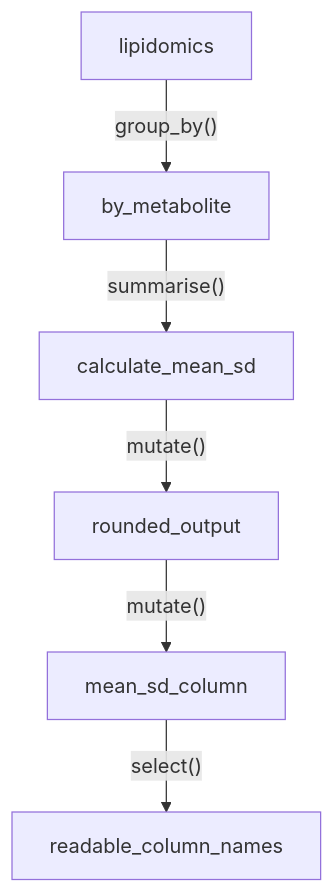
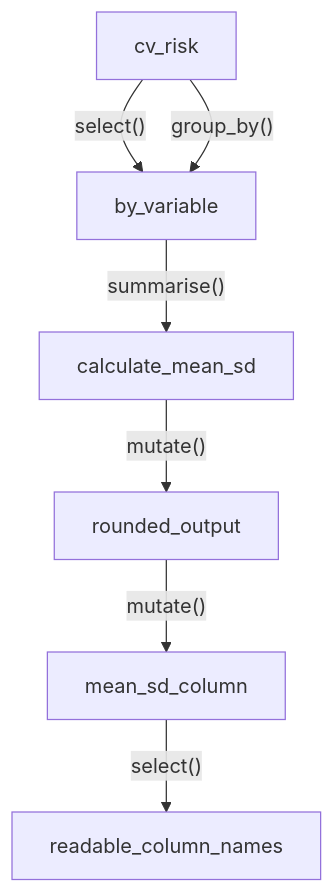
Before and after one commit to rostools/r-cubed-advanced: the second of 3 diagrams in sessions/pipelines-outputs.qmd, drawn with Mermaid. The commit also changed other lines of this file and 8 other files, not shown here.

````diff
--- a/sessions/pipelines-outputs.qmd
+++ b/sessions/pipelines-outputs.qmd
@@ -302,12 +305,13 @@
 ```{mermaid}
 %%| label: fig-build-table-flow
 %%| fig-cap: Steps for transforming our data into the final table format.
 %%| echo: false
 
 flowchart TB
-    lipidomics -->|"group_by()"| by_metabolite
-    by_metabolite -->|"summarise()"| calculate_mean_sd
+    cv_risk -->|"select()"| by_variable
+    cv_risk -->|"group_by()"| by_variable
+    by_variable -->|"summarise()"| calculate_mean_sd
     calculate_mean_sd -->|"mutate()"| rounded_output
     rounded_output -->|"mutate()"| mean_sd_column
     mean_sd_column -->|"select()"| readable_column_names
 ```
````
